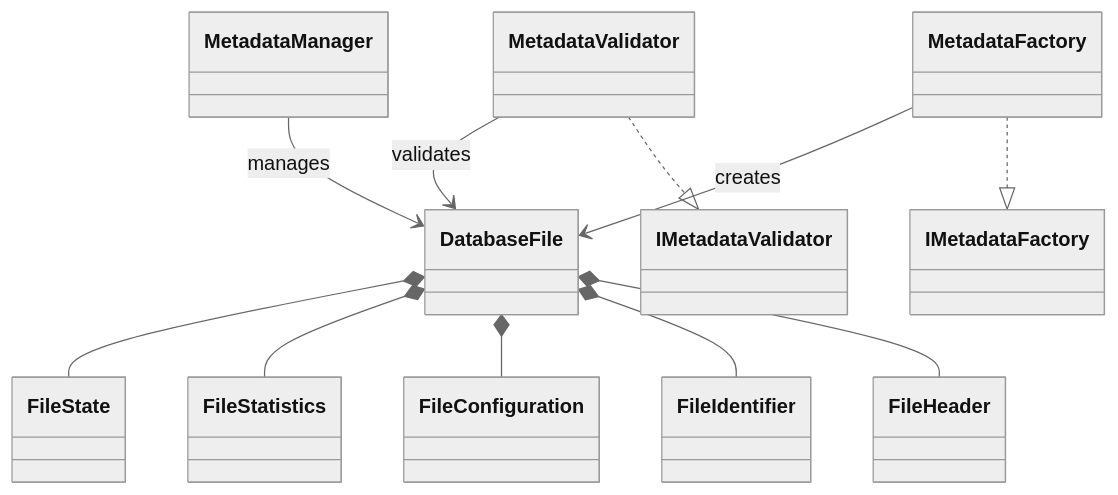
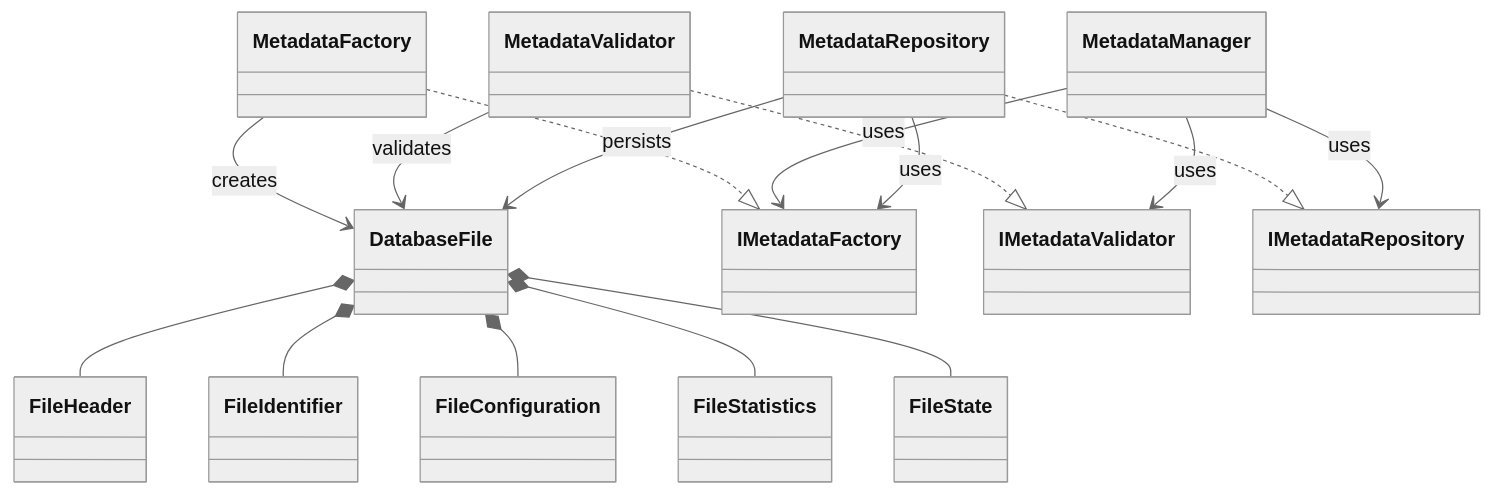
Before and after one commit to Huy1801214/dbms-architecture: the diagram in docs/data-storage-and-access/file-management/file-metadata/class-diagram.md, drawn with Mermaid (neutral theme). The commit also changed 21 other files, not shown here.

Commit message:
add file metadata architecture class diagram, sequence diagrams, and modeling guidelines

````diff
--- a/docs/data-storage-and-access/file-management/file-metadata/class-diagram.md
+++ b/docs/data-storage-and-access/file-management/file-metadata/class-diagram.md
@@ -3,60 +3,75 @@
 ```mermaid
 classDiagram
 
 class DatabaseFile {
     
 }
 
 class FileHeader {
     
 }
 
 class FileIdentifier {
    
 }
 
 class FileConfiguration {
     
 }
 
 class FileStatistics {
     
 }
 
 class FileState {
     
 }
 
 class MetadataManager {
     
 }
 
 class MetadataFactory {
     
 }
 
 class MetadataValidator {
     
 }
 
+class MetadataRepository {
+    
+}
+
 class IMetadataFactory {
     
 }
 
 class IMetadataValidator {
+    
+}
+
+class IMetadataRepository {
     
 }
 
 DatabaseFile *-- FileHeader
 DatabaseFile *-- FileIdentifier
 DatabaseFile *-- FileConfiguration
 DatabaseFile *-- FileStatistics
 DatabaseFile *-- FileState
 
 MetadataFactory ..|> IMetadataFactory
 MetadataValidator ..|> IMetadataValidator
+MetadataRepository ..|> IMetadataRepository
 
 MetadataFactory --> DatabaseFile : creates
-MetadataManager --> DatabaseFile : manages
 MetadataValidator --> DatabaseFile : validates
+MetadataRepository --> DatabaseFile : persists
+
+MetadataManager --> IMetadataFactory : uses
+MetadataManager --> IMetadataValidator : uses
+MetadataManager --> IMetadataRepository : uses
+
+MetadataRepository --> IMetadataFactory : uses
 ```
````
